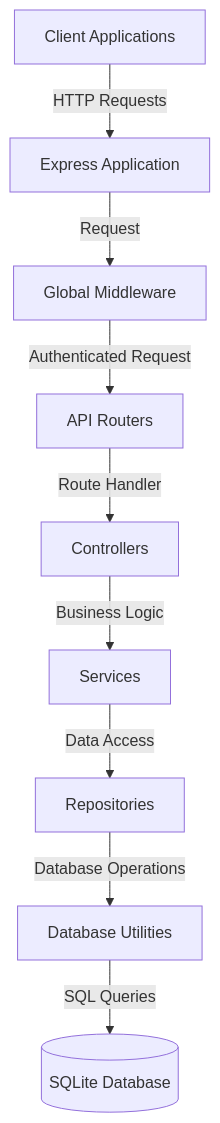
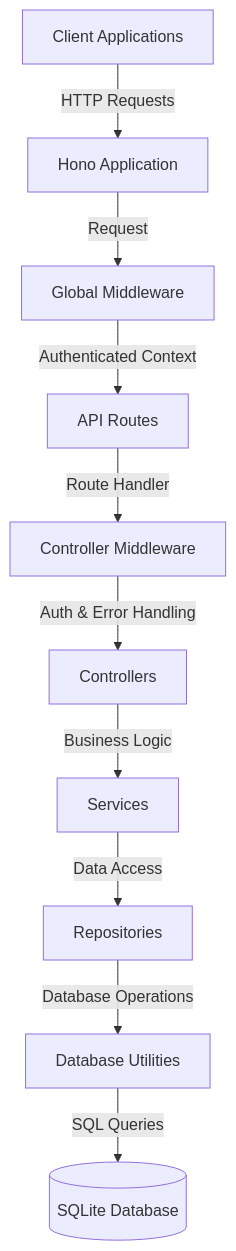
The diagram in docs/architecture/overview.md (jayvicsanantonio/tracknstick-api), drawn with Mermaid before and after one commit. The commit also changed other lines of this file and 16 other files, not shown here.

````diff
--- a/docs/architecture/overview.md
+++ b/docs/architecture/overview.md
@@ -9,11 +9,12 @@
 ```mermaid
 graph TD
-    Client[Client Applications] -->|HTTP Requests| ExpressApp[Express Application]
-    ExpressApp -->|Request| Middleware[Global Middleware]
-    Middleware -->|Authenticated Request| Router[API Routers]
-    Router -->|Route Handler| Controller[Controllers]
+    Client[Client Applications] -->|HTTP Requests| HonoApp[Hono Application]
+    HonoApp -->|Request| Middleware[Global Middleware]
+    Middleware -->|Authenticated Context| Router[API Routes]
+    Router -->|Route Handler| ControllerWrapper[Controller Middleware]
+    ControllerWrapper -->|Auth & Error Handling| Controller[Controllers]
     Controller -->|Business Logic| Service[Services]
     Service -->|Data Access| Repository[Repositories]
     Repository -->|Database Operations| DBUtils[Database Utilities]
     DBUtils -->|SQL Queries| Database[(SQLite Database)]
 ```
````
